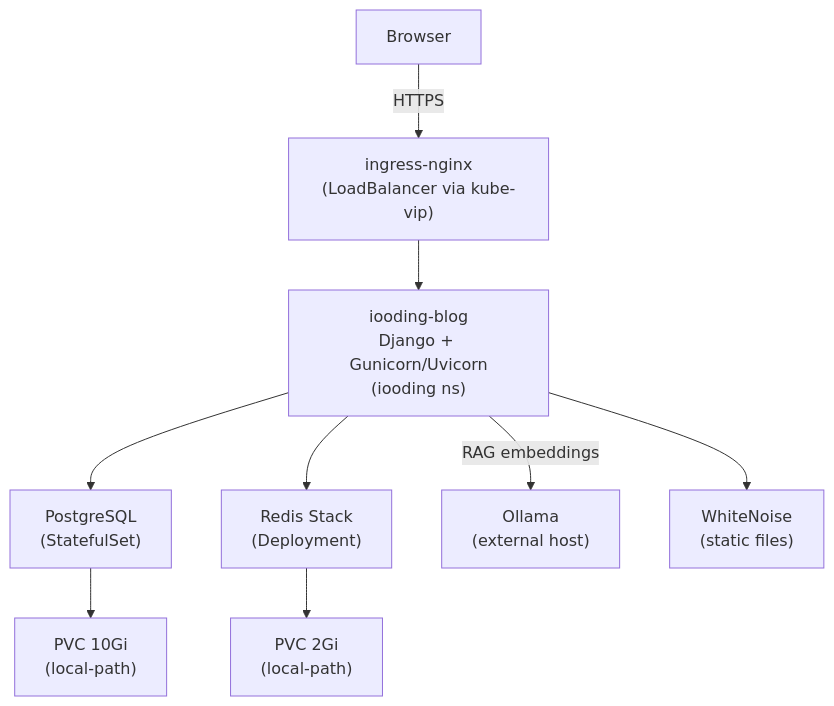
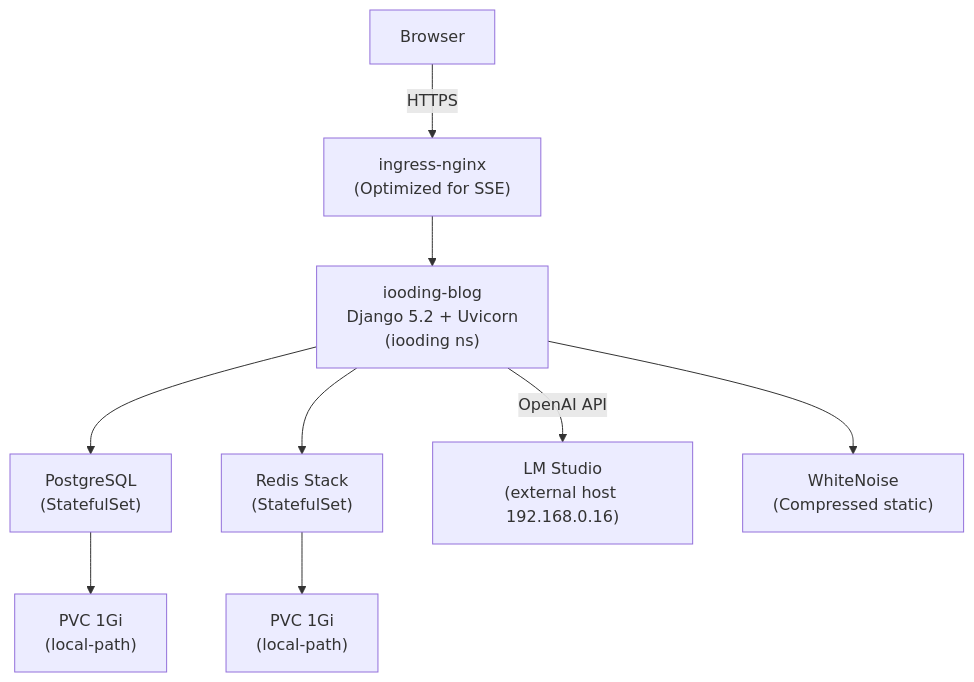
The diagram in README.md (Viktorpav/iooding), drawn with Mermaid before and after one commit. The commit also changed other lines of this file, not shown here.

````diff
--- a/README.md
+++ b/README.md
@@ -7,11 +7,11 @@
 ```mermaid
 graph TD
-    User["Browser"] -->|HTTPS| Ingress["ingress-nginx\n(LoadBalancer via kube-vip)"]
-    Ingress --> App["iooding-blog\nDjango + Gunicorn/Uvicorn\n(iooding ns)"]
+    User["Browser"] -->|HTTPS| Ingress["ingress-nginx\n(Optimized for SSE)"]
+    Ingress --> App["iooding-blog\nDjango 5.2 + Uvicorn\n(iooding ns)"]
     App --> DB["PostgreSQL\n(StatefulSet)"]
-    App --> Redis["Redis Stack\n(Deployment)"]
-    App -->|RAG embeddings| Ollama["Ollama\n(external host)"]
-    DB --> PVC_DB["PVC 10Gi\n(local-path)"]
-    Redis --> PVC_Redis["PVC 2Gi\n(local-path)"]
-    App --> Static["WhiteNoise\n(static files)"]
+    App --> Redis["Redis Stack\n(StatefulSet)"]
+    App -->|OpenAI API| LMStudio["LM Studio\n(external host 192.168.0.16)"]
+    DB --> PVC_DB["PVC 1Gi\n(local-path)"]
+    Redis --> PVC_Redis["PVC 1Gi\n(local-path)"]
+    App --> Static["WhiteNoise\n(Compressed static)"]
 ```
````
